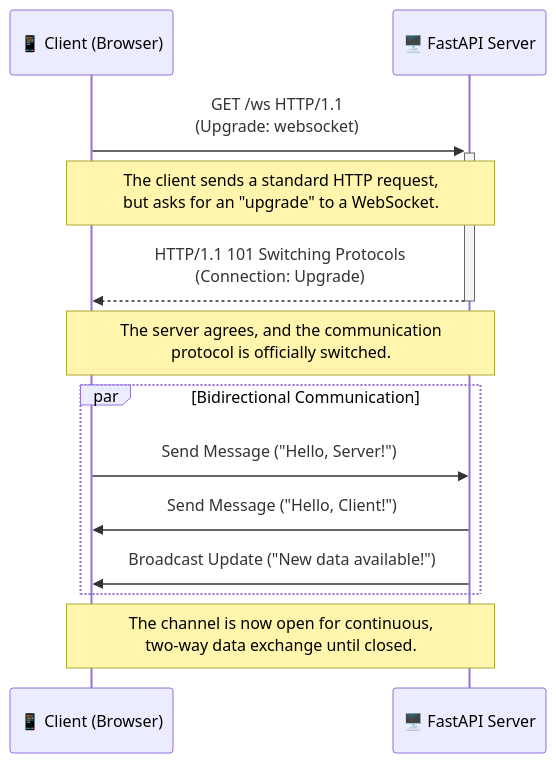
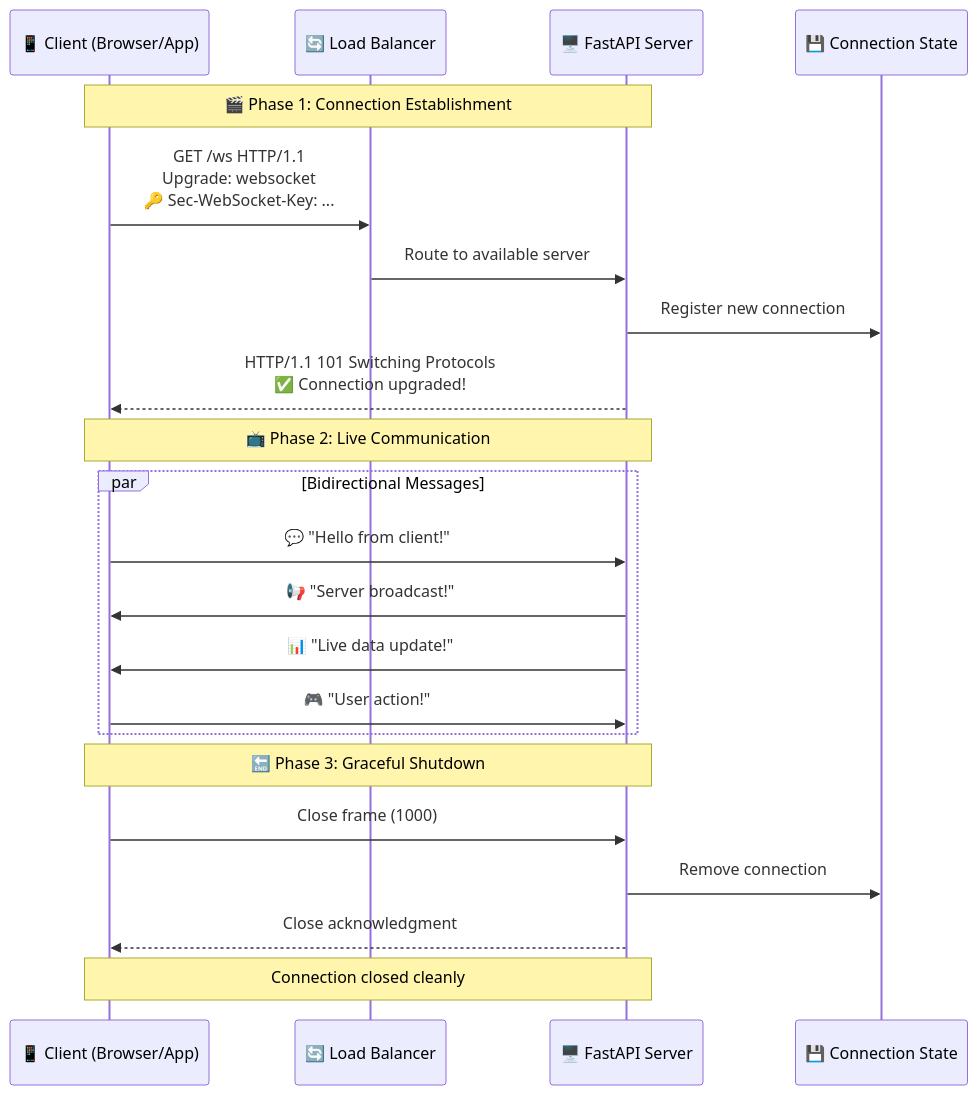
Before and after one commit to ridwanspace/restful-fastapi-guideline: the second of 6 diagrams in app/docs/04_advanced/01-real-time-communication-websockets/page.mdx, drawn with Mermaid. The commit also changed other lines of this file and 1 other file, not shown here.

First line of the commit message:
📝 docs(websockets): enhance and expand WebSocket documentation

````diff
--- a/app/docs/04_advanced/01-real-time-communication-websockets/page.mdx
+++ b/app/docs/04_advanced/01-real-time-communication-websockets/page.mdx
@@ -16,18 +92,27 @@
 ```mermaid
 sequenceDiagram
-    participant Client as 📱 Client (Browser)
+    participant Client as 📱 Client (Browser/App)
+    participant LB as 🔄 Load Balancer
     participant Server as 🖥️ FastAPI Server
+    participant State as 💾 Connection State
 
-    Client->>+Server: GET /ws HTTP/1.1<br/>(Upgrade: websocket)
-    Note over Client,Server: The client sends a standard HTTP request,<br/>but asks for an "upgrade" to a WebSocket.
-
-    Server-->>-Client: HTTP/1.1 101 Switching Protocols<br/>(Connection: Upgrade)
-    Note over Client,Server: The server agrees, and the communication<br/>protocol is officially switched.
-
-    par Bidirectional Communication
-        Client->>Server: Send Message ("Hello, Server!")
-        Server->>Client: Send Message ("Hello, Client!")
-        Server->>Client: Broadcast Update ("New data available!")
+    Note over Client,Server: 🎬 Phase 1: Connection Establishment
+    Client->>LB: GET /ws HTTP/1.1<br/>Upgrade: websocket<br/>🔑 Sec-WebSocket-Key: ...
+    LB->>Server: Route to available server
+    Server->>State: Register new connection
+    Server-->>Client: HTTP/1.1 101 Switching Protocols<br/>✅ Connection upgraded!
+    
+    Note over Client,Server: 📺 Phase 2: Live Communication
+    par Bidirectional Messages
+        Client->>Server: 💬 "Hello from client!"
+        Server->>Client: 📢 "Server broadcast!"
+        Server->>Client: 📊 "Live data update!"
+        Client->>Server: 🎮 "User action!"
     end
-    Note over Client,Server: The channel is now open for continuous,<br/>two-way data exchange until closed.
+    
+    Note over Client,Server: 🔚 Phase 3: Graceful Shutdown
+    Client->>Server: Close frame (1000)
+    Server->>State: Remove connection
+    Server-->>Client: Close acknowledgment
+    Note over Client,Server: Connection closed cleanly
 ```
````
